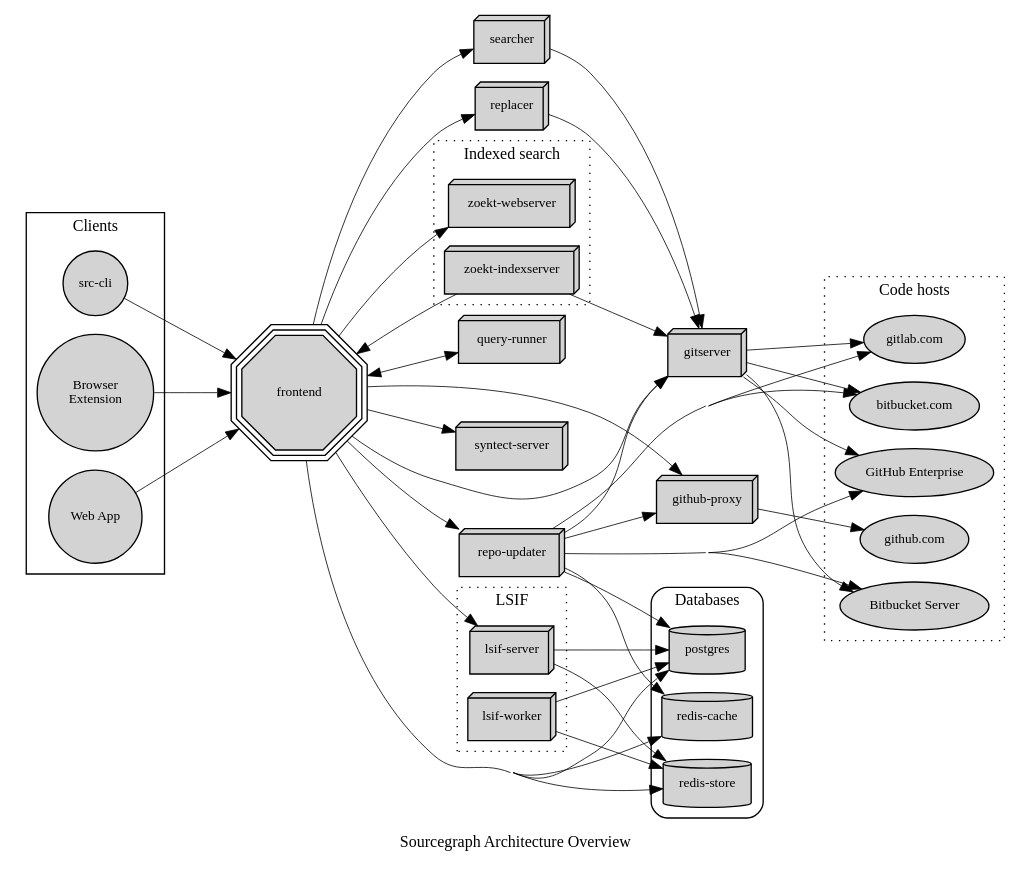
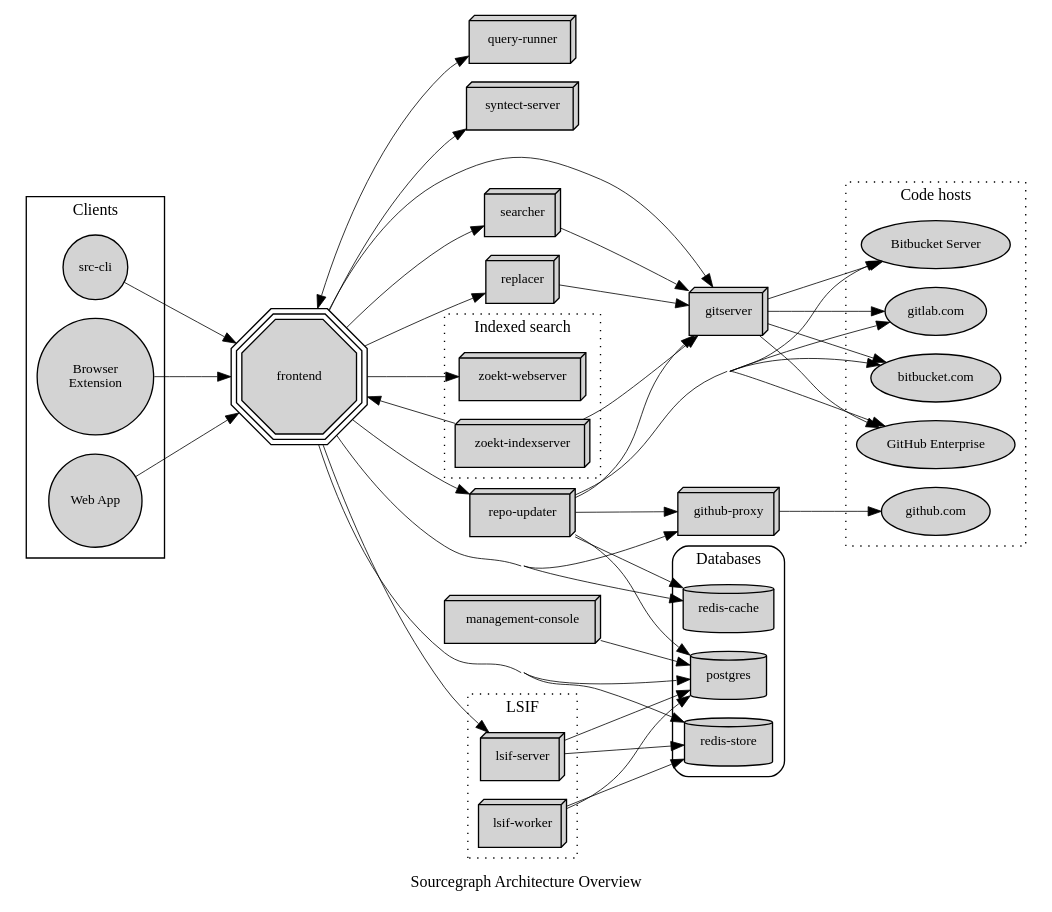
One commit to sourcegraph/sourcegraph-public-snapshot changed the diagram in doc/dev/architecture/architecture.dot. Above: the diagram before and after it, drawn with Graphviz. The commit also changed 1 other file, not shown here.

Commit message:
Add management console.

```diff
--- a/doc/dev/architecture/architecture.dot
+++ b/doc/dev/architecture/architecture.dot
@@ -1,133 +1,136 @@
 digraph architecture {
     label="Sourcegraph Architecture Overview"
     rankdir=LR
     ratio=fill
     concentrate=true
     ranksep=0.8
     nodesep=0.2
 
     graph [
         fontname="Iosevka"
         fontsize=12
     ]
 
     node [
         style="filled"
         shape="box3d"
         fontname="Iosevka"
         fontsize=10
     ]
 
     edge [
         penwidth=0.6
         arrowType="empty"
     ]
 
     frontend [
         fixedsize=true
         width=1.2
         height=1.2
         shape="tripleoctagon"
         label="frontend"
         URL="https://github.com/sourcegraph/sourcegraph/tree/master/cmd/frontend"
     ]
 
     gitserver    [label="gitserver" URL="https://github.com/sourcegraph/sourcegraph/tree/master/cmd/gitserver"]
     repo_updater [label="repo-updater" URL="https://github.com/sourcegraph/sourcegraph/tree/master/cmd/repo-updater"]
     searcher     [label="searcher" URL="https://github.com/sourcegraph/sourcegraph/tree/master/cmd/searcher"]
     replacer     [label="replacer" URL="https://github.com/sourcegraph/sourcegraph/tree/master/cmd/replacer"]
     query_runner [label="query-runner" URL="https://github.com/sourcegraph/sourcegraph/tree/master/cmd/query-runner"]
     github_proxy [label="github-proxy" URL="https://github.com/sourcegraph/sourcegraph/tree/master/cmd/github-proxy"]
     syntect_server [label="syntect-server" URL="https://github.com/sourcegraph/syntect_server"]
+    management_console [label="management-console" URL="https://github.com/sourcegraph/sourcegraph/tree/master/cmd/management-console"]
 
     subgraph cluster_lsif_zoekt {
         label="Indexed search"
         rank="same"
         graph [style="dotted"]
 
         zoekt_webserver [label="zoekt-webserver" URL="https://github.com/sourcegraph/zoekt/tree/master/cmd/zoekt-webserver"]
         zoekt_indexserver [label="zoekt-indexserver" URL="https://github.com/sourcegraph/zoekt/tree/master/cmd/zoekt-sourcegraph-indexserver"]
     }
 
     subgraph cluster_lsif_processes {
         label="LSIF"
         rank="same"
         graph [style="dotted"]
 
         lsif_server [label="lsif-server" URL="https://github.com/sourcegraph/sourcegraph/tree/master/lsif/src/server"]
         lsif_worker [label="lsif-worker" URL="https://github.com/sourcegraph/sourcegraph/tree/master/lsif/src/worker"]
     }
 
     subgraph cluster_databases {
         label="Databases"
         rank="same"
         graph [style="rounded"]
         node [shape="cylinder"]
 
         redis_cache [label="redis-cache"]
         redis_store [label="redis-store"]
         postgres [label="postgres"]
     }
 
     subgraph cluster_codehosts {
         label="Code hosts"
         rank="same"
         graph [style="dotted"]
         node  [shape="oval"]
 
         github_dot_com [label="github.com"]
         gitlab_dot_com [label="gitlab.com"]
         bitbucket_cloud [label="bitbucket.com"]
         github_enterprise [label="GitHub Enterprise"]
         bitbucket_server [label="Bitbucket Server"]
     }
 
     subgraph cluster_clients {
         label="Clients"
         node [shape="circle"]
         src_cli [label="src-cli" URL="https://github.com/sourcegraph/src-cli"]
         browser_ext [label="Browser\nExtension" URL="https://github.com/sourcegraph/sourcegraph/tree/master/browser/"]
         web_app [label="Web App" URL="https://github.com/sourcegraph/sourcegraph/tree/master/web"]
     }
 
     frontend -> gitserver
     frontend -> query_runner -> frontend
     frontend -> searcher -> gitserver
     frontend -> replacer -> gitserver
     frontend -> repo_updater
     frontend -> github_proxy
     frontend -> zoekt_webserver
     frontend -> postgres
     frontend -> redis_cache
     frontend -> redis_store
     frontend -> syntect_server
     frontend -> lsif_server
 
+    management_console -> postgres
+
     lsif_server -> postgres
     lsif_server -> redis_store
     lsif_worker -> postgres
     lsif_worker -> redis_store
 
     repo_updater -> github_proxy
     repo_updater -> github_enterprise
     repo_updater -> gitlab_dot_com
     repo_updater -> bitbucket_server
     repo_updater -> bitbucket_cloud
     repo_updater -> postgres
     repo_updater -> gitserver
     repo_updater -> redis_cache
 
     github_proxy -> github_dot_com
 
     gitserver -> github_enterprise
     gitserver -> gitlab_dot_com
     gitserver -> bitbucket_server
     gitserver -> bitbucket_cloud
 
     zoekt_indexserver -> frontend
     zoekt_indexserver -> gitserver
 
     browser_ext -> frontend
     web_app -> frontend
     src_cli -> frontend
 }
```
